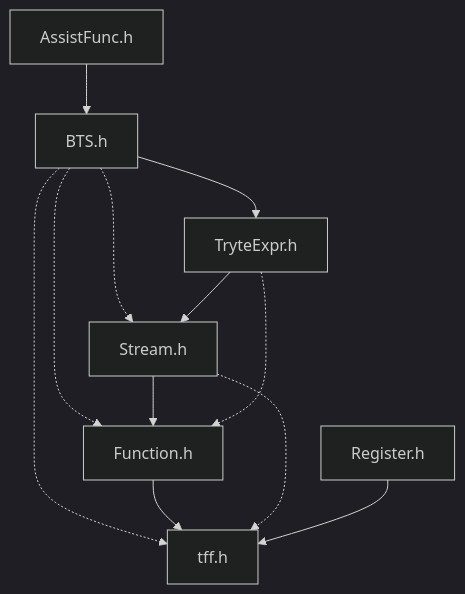
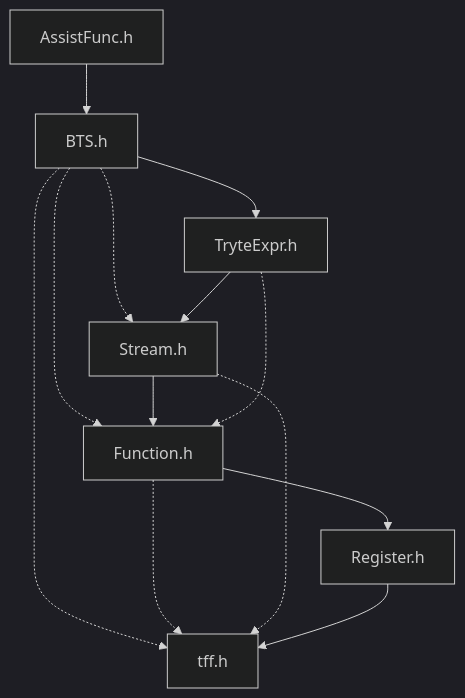
Before and after one commit to asdawej/tff-Lang: the diagram in IncludeGraph.md, drawn with Mermaid (dark theme). The commit also changed other lines of this file and 13 other files, not shown here.

````diff
--- a/IncludeGraph.md
+++ b/IncludeGraph.md
@@ -1,14 +1,15 @@
 ```mermaid
 graph TB
     AssistFunc.h --> BTS.h
     BTS.h .-> Function.h
     BTS.h .-> Stream.h
     BTS.h .-> tff.h
     BTS.h --> TryteExpr.h
-    Function.h --> tff.h
+    Function.h --> Register.h
+    Function.h .-> tff.h
     Stream.h --> Function.h
     Stream.h .-> tff.h
     TryteExpr.h .-> Function.h
     TryteExpr.h --> Stream.h
     Register.h --> tff.h
 ```
````
